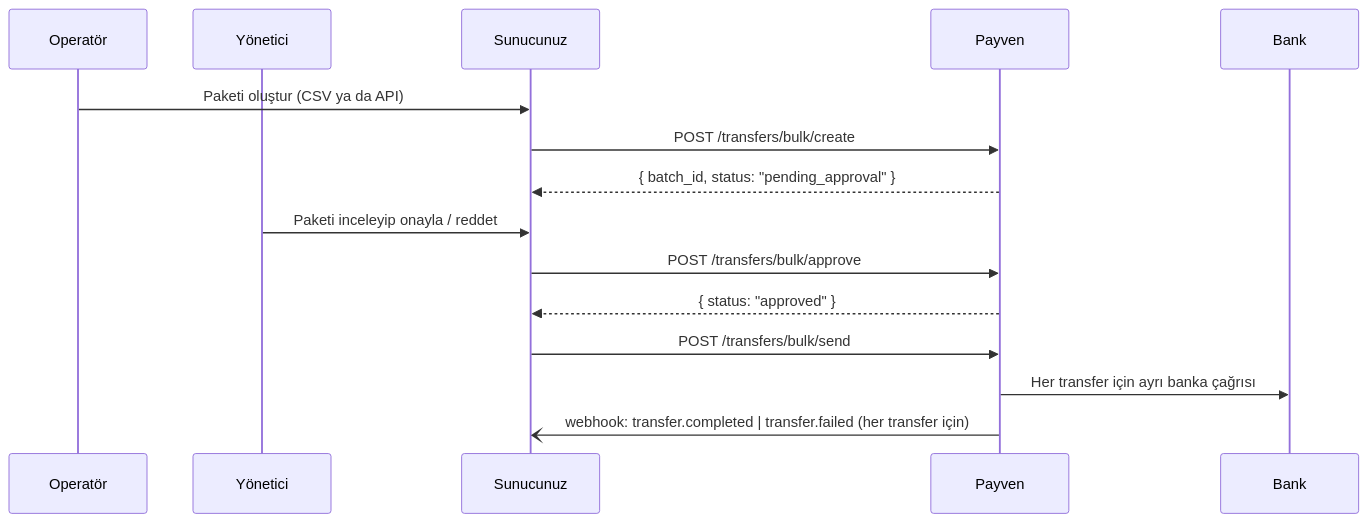
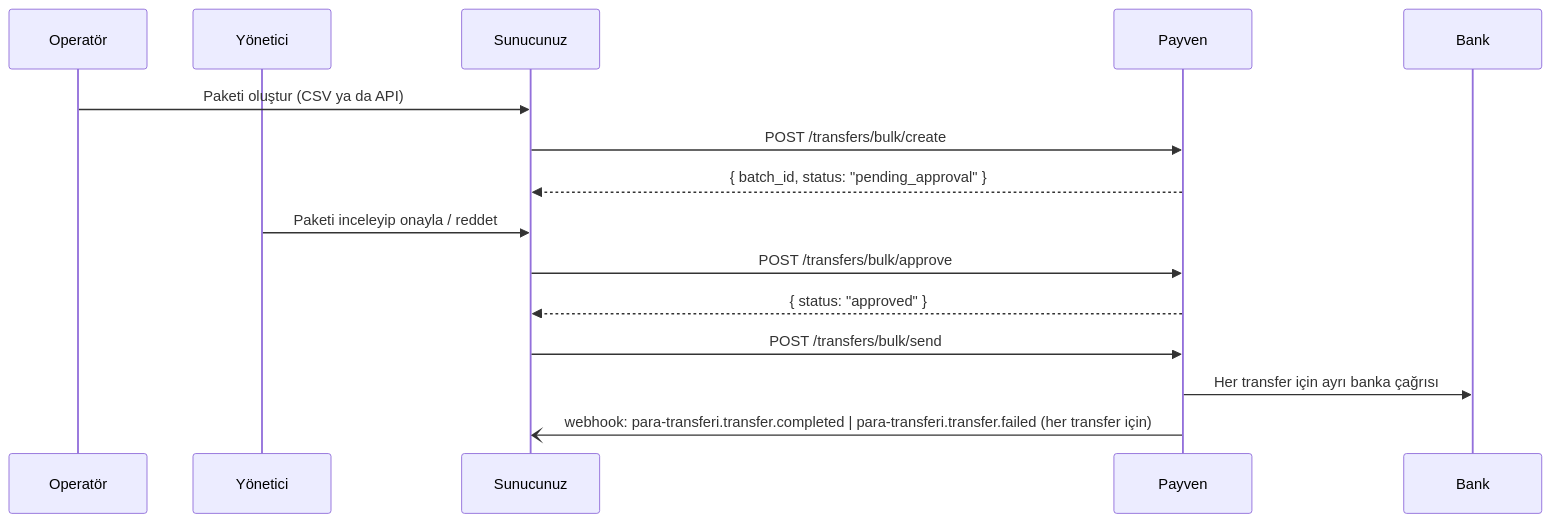
The diagram in recipes/four-eyes-transfer.mdx (payment-pos/mintlify), drawn with Mermaid before and after one commit. The commit also changed other lines of this file and 43 other files, not shown here.

````diff
--- a/recipes/four-eyes-transfer.mdx
+++ b/recipes/four-eyes-transfer.mdx
@@ -10,20 +10,20 @@
 ```mermaid
 sequenceDiagram
     participant Op as Operatör
     participant Mgr as Yönetici
     participant App as Sunucunuz
     participant Payven
     participant Bank
 
     Op->>App: Paketi oluştur (CSV ya da API)
     App->>Payven: POST /transfers/bulk/create
     Payven-->>App: { batch_id, status: "pending_approval" }
 
     Mgr->>App: Paketi inceleyip onayla / reddet
     App->>Payven: POST /transfers/bulk/approve
     Payven-->>App: { status: "approved" }
 
     App->>Payven: POST /transfers/bulk/send
     Payven->>Bank: Her transfer için ayrı banka çağrısı
-    Payven-)App: webhook: transfer.completed | transfer.failed (her transfer için)
+    Payven-)App: webhook: para-transferi.transfer.completed | para-transferi.transfer.failed (her transfer için)
 ```
````
